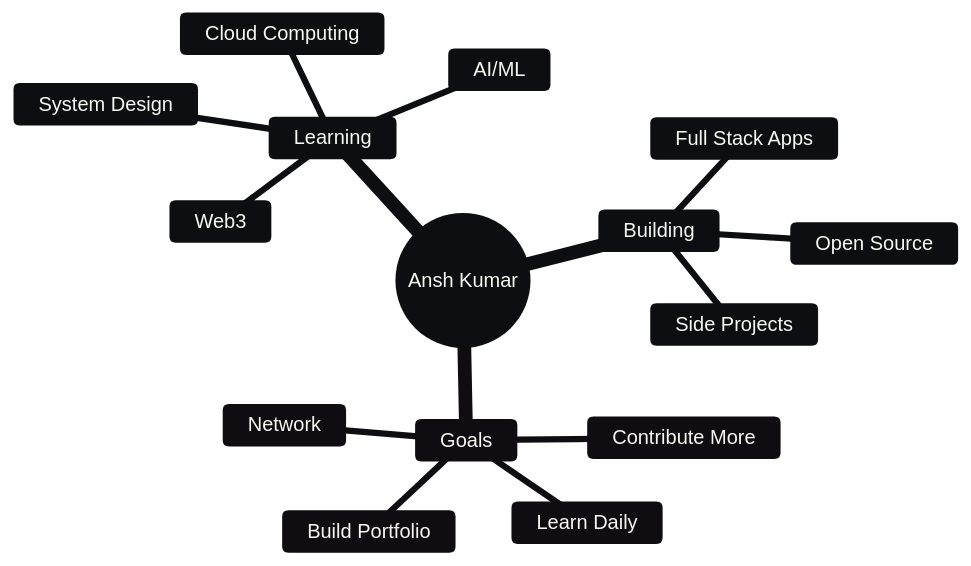
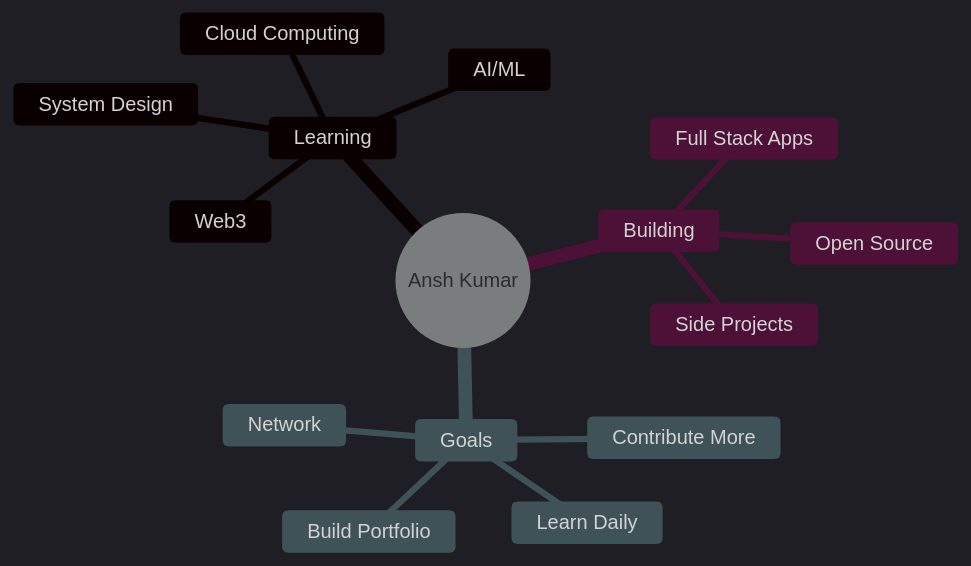
One commit to Albez0-An7h/Albez0-An7h changed the diagram in readme.md. Above: the diagram before and after it, drawn with Mermaid.

````diff
--- a/readme.md
+++ b/readme.md
@@ -131,19 +131,19 @@
 ```mermaid
-%%{init: {'theme':'base', 'themeVariables': { 'primaryColor':'#44475a', 'primaryTextColor':'#f8f8f2', 'primaryBorderColor':'#bd93f9', 'lineColor':'#bd93f9', 'secondaryColor':'#44475a', 'secondaryTextColor':'#f8f8f2', 'secondaryBorderColor':'#ff79c6', 'tertiaryColor':'#44475a', 'tertiaryTextColor':'#f8f8f2', 'tertiaryBorderColor':'#8be9fd', 'noteBkgColor':'#44475a', 'noteTextColor':'#f8f8f2', 'noteBorderColor':'#6272a4', 'background':'#282a36', 'mainBkg':'#44475a', 'textColor':'#f8f8f2', 'fontSize':'16px'}}}%%
+%%{init: {'theme':'dark'}}%%
 mindmap
   root((Ansh Kumar))
     Learning
       System Design
       Cloud Computing
       AI/ML
       Web3
     Building
       Full Stack Apps
       Open Source
       Side Projects
     Goals
       Contribute More
       Learn Daily
       Build Portfolio
       Network
 ```
````
